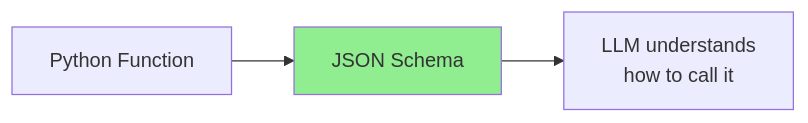
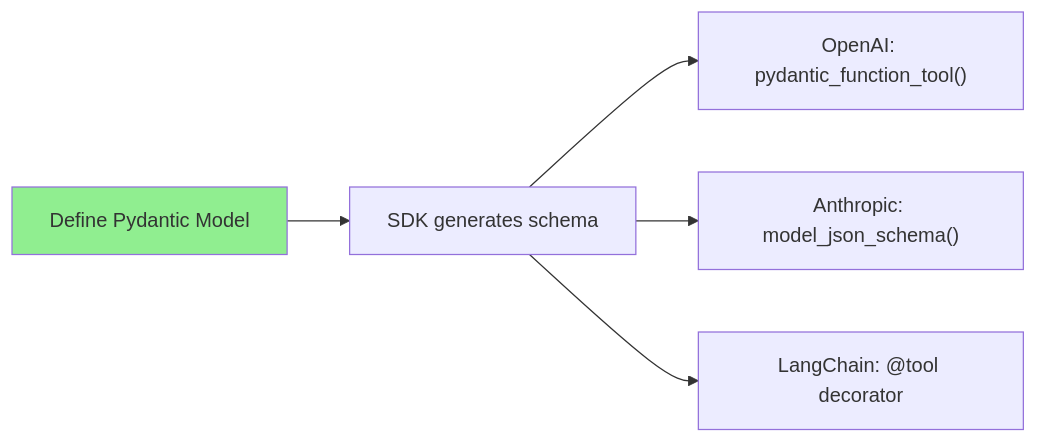
One commit to akshkr/akashnotes changed the second of 2 diagrams in Phase_2_External_Knowledge/Day_036_json_schema_generation/json_schema_generation.md. Above: the diagram before and after it, drawn with Mermaid. The commit also changed other lines of this file and 37 other files, not shown here.

````diff
--- a/Phase_2_External_Knowledge/Day_036_json_schema_generation/json_schema_generation.md
+++ b/Phase_2_External_Knowledge/Day_036_json_schema_generation/json_schema_generation.md
@@ -16,7 +319,9 @@
 ```mermaid
 flowchart LR
-    A["Python Function"] --> B["JSON Schema"]
-    B --> C["LLM understands<br/>how to call it"]
-
-    style B fill:#90EE90
+    A["Define Pydantic Model"] --> B["SDK generates schema"]
+    B --> C["OpenAI: pydantic_function_tool()"]
+    B --> D["Anthropic: model_json_schema()"]
+    B --> E["LangChain: @tool decorator"]
+    
+    style A fill:#90EE90
 ```
````
